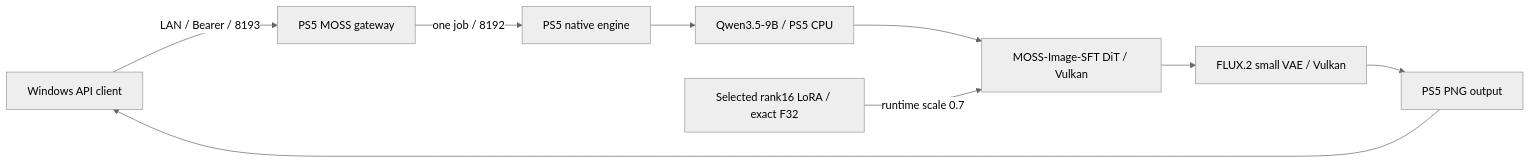
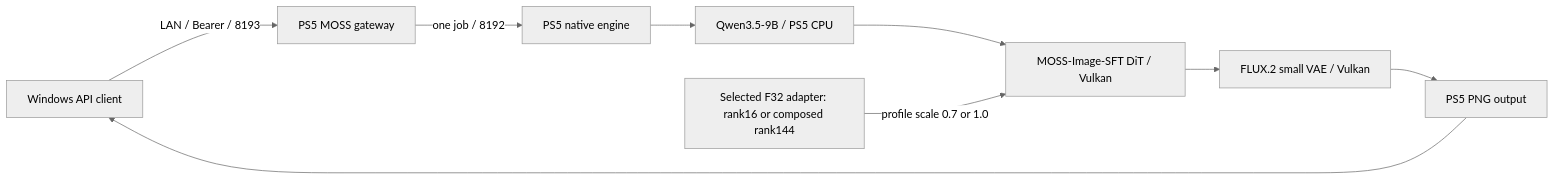
One commit to akiba-tokyo-jp/PS5-AI-MOSS-Image changed the diagram in README.md. Above: the diagram before and after it, drawn with Mermaid (neutral theme). The commit also changed other lines of this file and 50 other files, not shown here.

````diff
--- a/README.md
+++ b/README.md
@@ -24,11 +28,11 @@
 ```mermaid
 flowchart LR
   PC[Windows API client] -->|LAN / Bearer / 8193| GW[PS5 MOSS gateway]
   GW -->|one job / 8192| API[PS5 native engine]
   API --> TE[Qwen3.5-9B / PS5 CPU]
   TE --> DIT[MOSS-Image-SFT DiT / Vulkan]
-  LORA[Selected rank16 LoRA / exact F32] -->|runtime scale 0.7| DIT
+  LORA[Selected F32 adapter: rank16 or composed rank144] -->|profile scale 0.7 or 1.0| DIT
   DIT --> VAE[FLUX.2 small VAE / Vulkan]
   VAE --> PNG[PS5 PNG output]
   PNG --> PC
 ```
````
